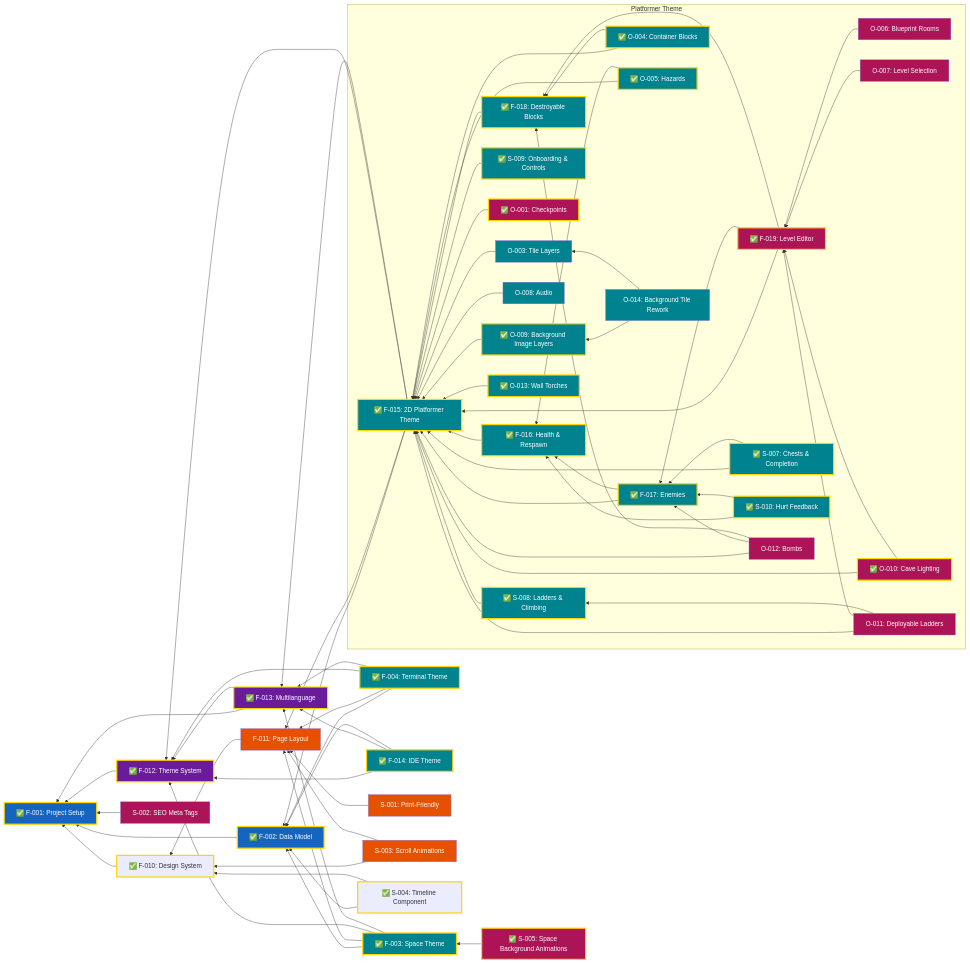
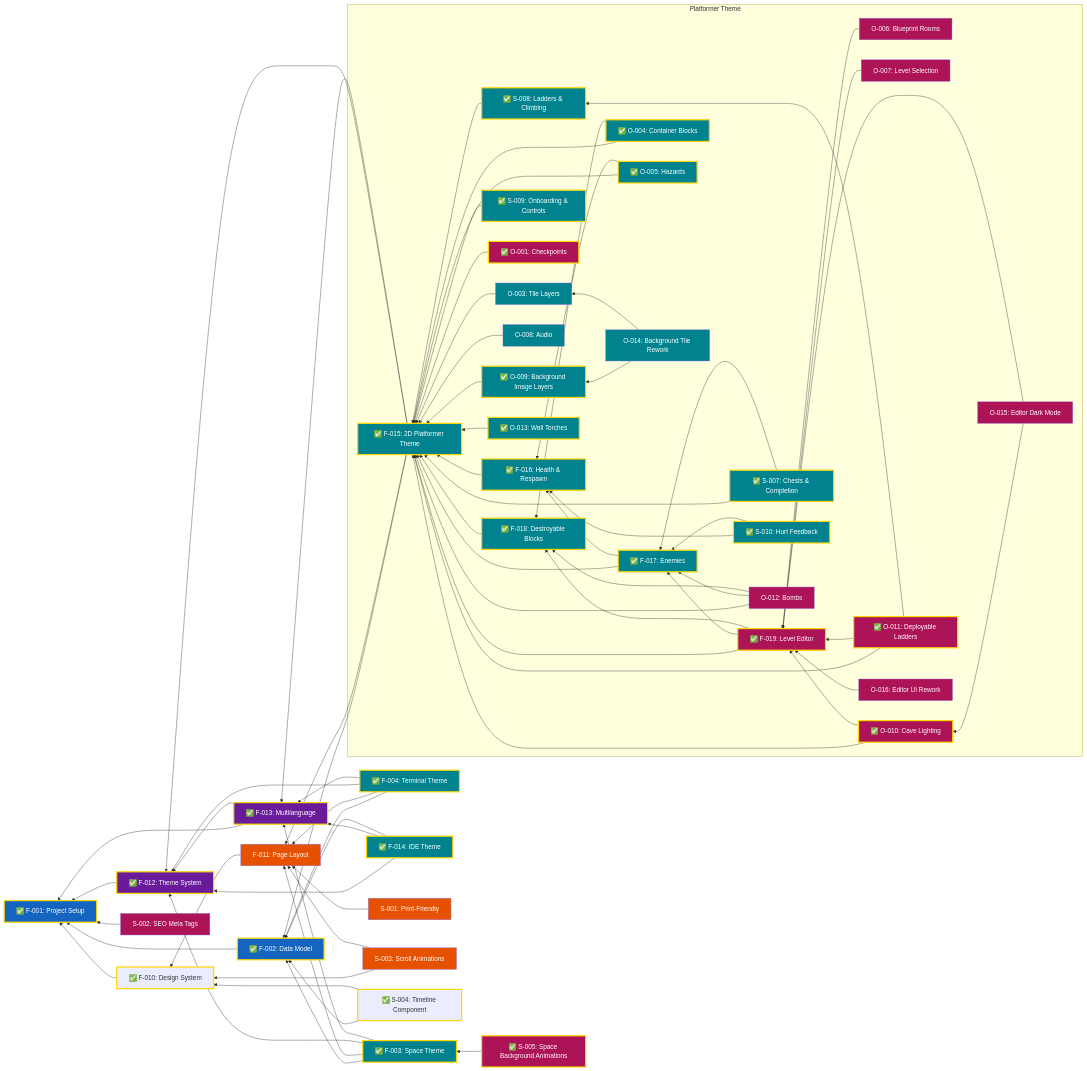
Before and after one commit to garcipat/cv-website: the diagram in docs/Features.md, drawn with Mermaid. The commit also changed other lines of this file and 35 other files, not shown here.

````diff
--- a/docs/Features.md
+++ b/docs/Features.md
@@ -147,10 +151,12 @@
         O008["O-008: Audio"]
         O009["✅ O-009: Background Image Layers"]
         O010["✅ O-010: Cave Lighting"]
-        O011["O-011: Deployable Ladders"]
+        O011["✅ O-011: Deployable Ladders"]
         O012["O-012: Bombs"]
         O013["✅ O-013: Wall Torches"]
         O014["O-014: Background Tile Rework"]
+        O015["O-015: Editor Dark Mode"]
+        O016["O-016: Editor UI Rework"]
     end
 
     F003 --> F002
@@ -215,6 +221,9 @@
     O013 --> F015
     O014 --> O009
     O014 --> O003
+    O015 --> O010
+    O015 --> F019
+    O016 --> F019
 
     classDef done stroke:#FFD600,stroke-width:3px
     classDef projectSetup fill:#1565C0,color:#ffffff
@@ -240,9 +249,12 @@
     class O001 done
     class S005 done
     class F015,F016,F017,F018,S007,S008,S009,S010,O003,O004,O005,O008,O009,O013,O014 themes
-    class F019,O006,O007,O010,O011,O012 enhancements
+    class F019,O006,O007,O010,O011,O012,O015,O016 enhancements
     class F015,F016,F017,F018,F019,S007,S008,S009,S010,O004,O005,O009 done
     class O013 done
     class O010 done
+    class O011 done
     class O014 themes
+    class O015 enhancements
+    class O016 enhancements
 ```
````
